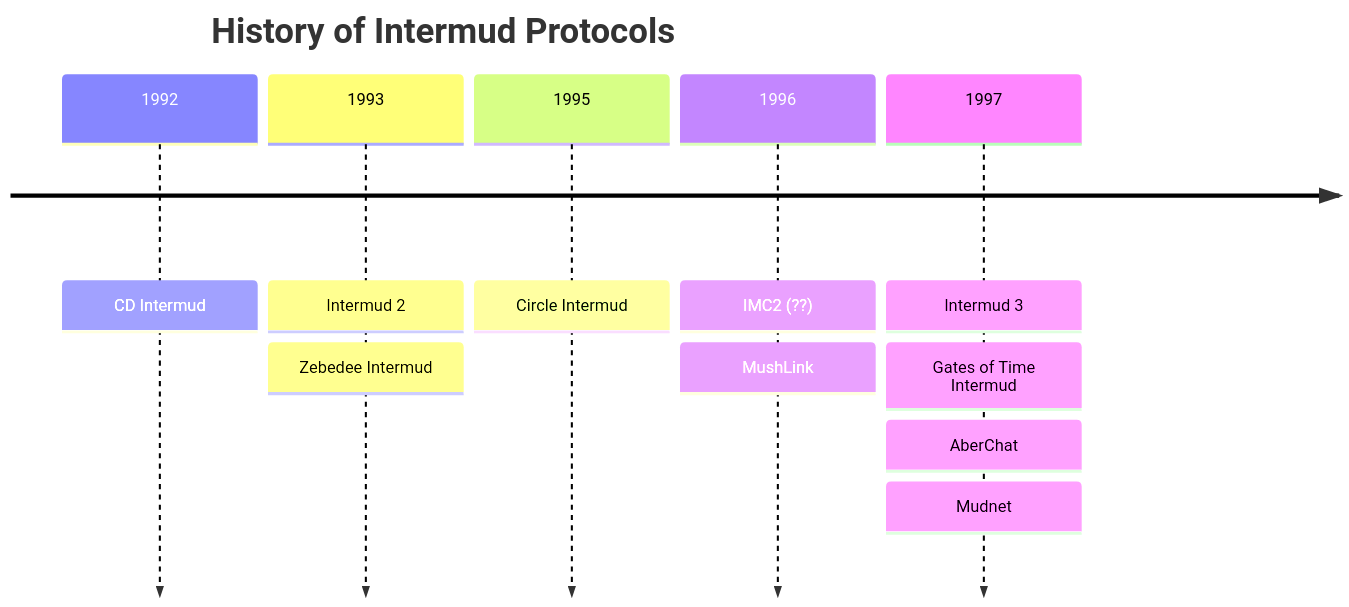
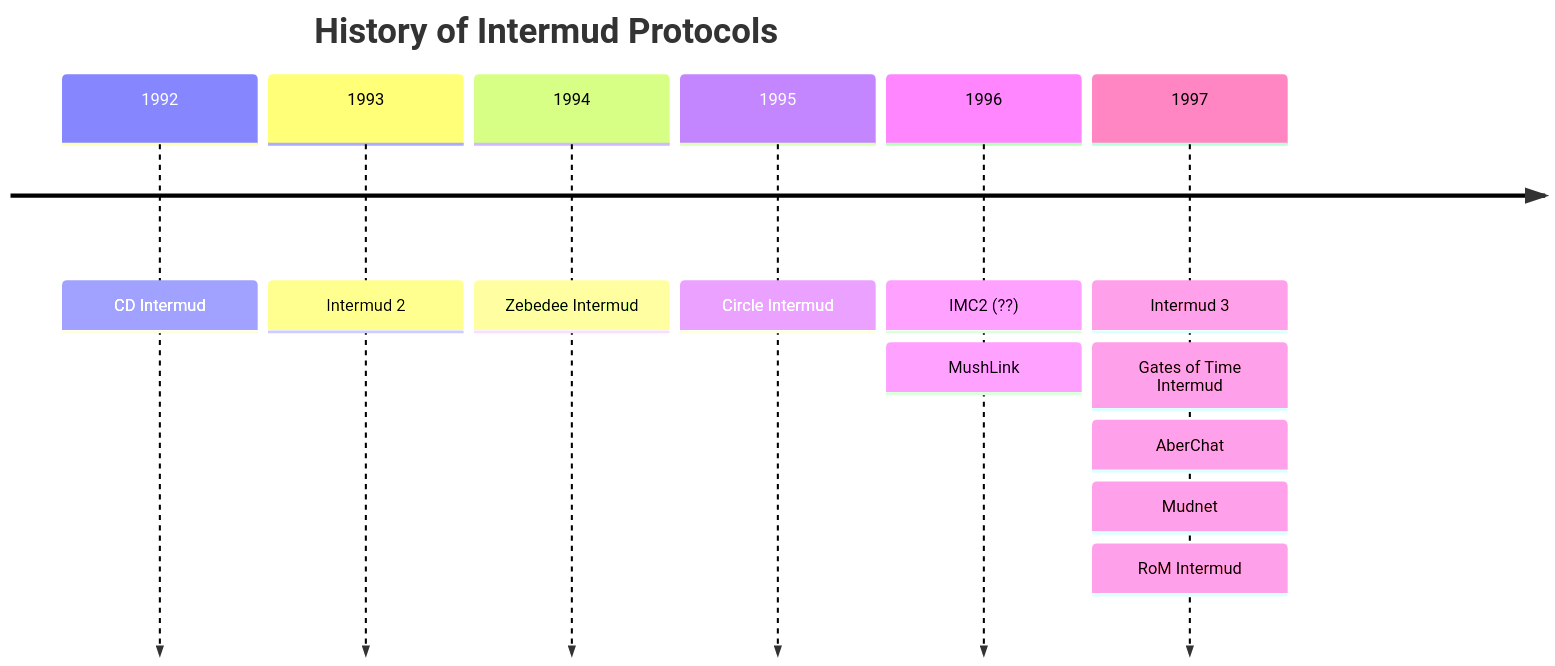
The first of 2 diagrams in docs/intermud/index.md (taranion/mudstandards), drawn with Mermaid before and after one commit. The commit also changed 5 other files, not shown here.

````diff
--- a/docs/intermud/index.md
+++ b/docs/intermud/index.md
@@ -35,14 +35,15 @@
 ```mermaid
 timeline
     title History of Intermud Protocols
     1992 : CD Intermud
     1993 : Intermud 2
-         : Zebedee Intermud
+    1994 : Zebedee Intermud
     1995 : Circle Intermud
     1996 : IMC2 (??)
          : MushLink
     1997 : Intermud 3
          : Gates of Time Intermud
          : AberChat
          : Mudnet
+         : RoM Intermud
 ```
````
